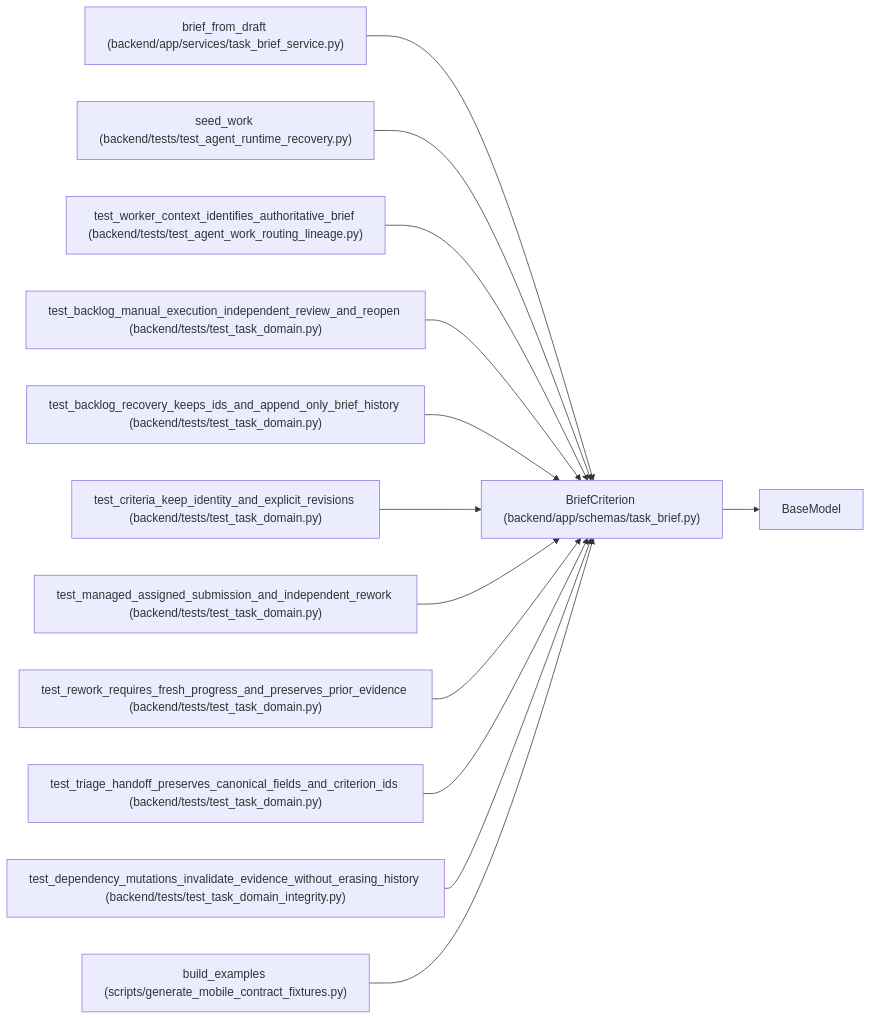
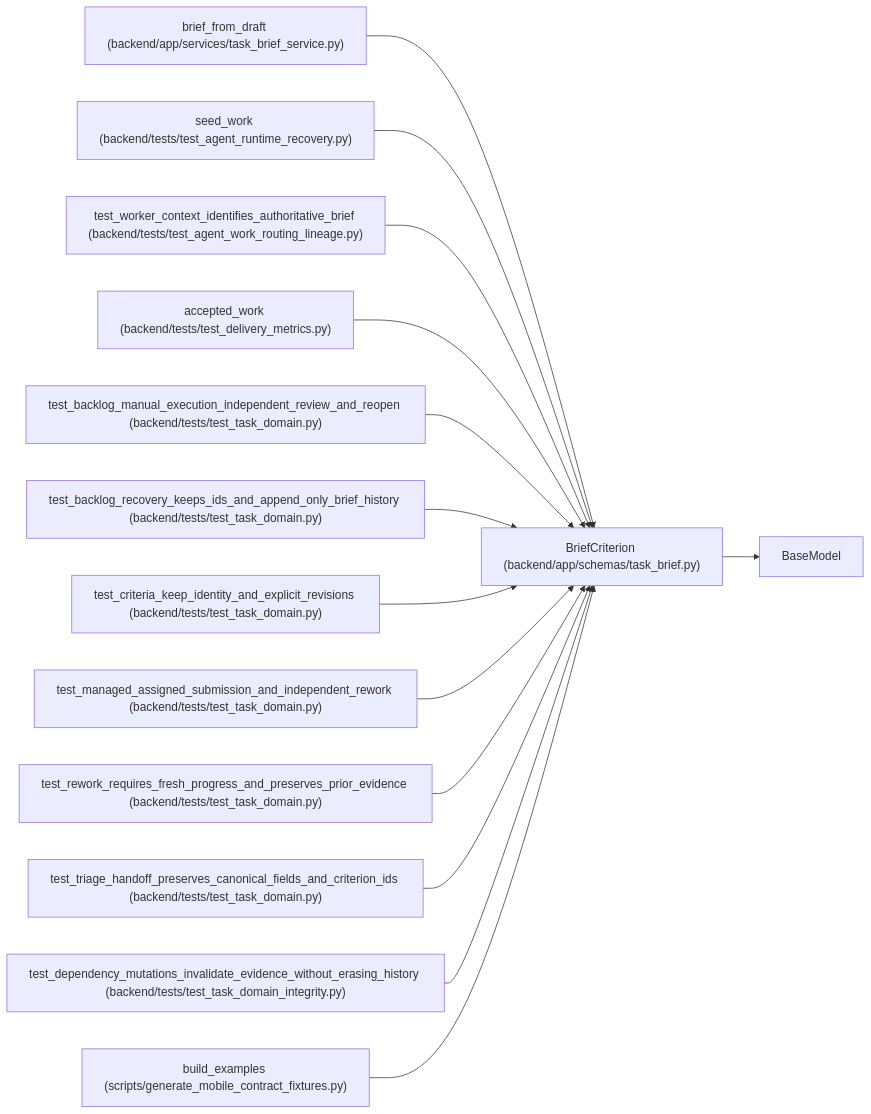
One commit to Denissvgn/WorkChord changed the diagram in docs/llm_wiki/entities/schemas_task_brief_BriefCriterion.md. Above: the diagram before and after it, drawn with Mermaid. The commit also changed other lines of this file and 628 other files, not shown here.

````diff
--- a/docs/llm_wiki/entities/schemas_task_brief_BriefCriterion.md
+++ b/docs/llm_wiki/entities/schemas_task_brief_BriefCriterion.md
@@ -42,40 +42,43 @@
 ```mermaid
 flowchart LR
     n0["BriefCriterion (backend/app/schemas/task_brief.py)"]
     n1["BaseModel"]
     n2["brief_from_draft (backend/app/services/task_brief_service.py)"]
     n3["seed_work (backend/tests/test_agent_runtime_recovery.py)"]
     n4["test_worker_context_identifies_authoritative_brief (backend/tests/test_agent_work_routing_lineage.py)"]
-    n5["test_backlog_manual_execution_independent_review_and_reopen (backend/tests/test_task_domain.py)"]
-    n6["test_backlog_recovery_keeps_ids_and_append_only_brief_history (backend/tests/test_task_domain.py)"]
-    n7["test_criteria_keep_identity_and_explicit_revisions (backend/tests/test_task_domain.py)"]
-    n8["test_managed_assigned_submission_and_independent_rework (backend/tests/test_task_domain.py)"]
-    n9["test_rework_requires_fresh_progress_and_preserves_prior_evidence (backend/tests/test_task_domain.py)"]
-    n10["test_triage_handoff_preserves_canonical_fields_and_criterion_ids (backend/tests/test_task_domain.py)"]
-    n11["test_dependency_mutations_invalidate_evidence_without_erasing_history (backend/tests/test_task_domain_integrity.py)"]
-    n12["build_examples (scripts/generate_mobile_contract_fixtures.py)"]
+    n5["accepted_work (backend/tests/test_delivery_metrics.py)"]
+    n6["test_backlog_manual_execution_independent_review_and_reopen (backend/tests/test_task_domain.py)"]
+    n7["test_backlog_recovery_keeps_ids_and_append_only_brief_history (backend/tests/test_task_domain.py)"]
+    n8["test_criteria_keep_identity_and_explicit_revisions (backend/tests/test_task_domain.py)"]
+    n9["test_managed_assigned_submission_and_independent_rework (backend/tests/test_task_domain.py)"]
+    n10["test_rework_requires_fresh_progress_and_preserves_prior_evidence (backend/tests/test_task_domain.py)"]
+    n11["test_triage_handoff_preserves_canonical_fields_and_criterion_ids (backend/tests/test_task_domain.py)"]
+    n12["test_dependency_mutations_invalidate_evidence_without_erasing_history (backend/tests/test_task_domain_integrity.py)"]
+    n13["build_examples (scripts/generate_mobile_contract_fixtures.py)"]
     n0 --> n1
     n2 --> n0
     n3 --> n0
     n4 --> n0
     n5 --> n0
     n6 --> n0
     n7 --> n0
     n8 --> n0
     n9 --> n0
     n10 --> n0
     n11 --> n0
     n12 --> n0
+    n13 --> n0
     click n0 "../modules/schemas_task_brief.md"
     click n2 "../modules/task_brief_service.md"
     click n3 "../modules/test_agent_runtime_recovery.md"
     click n4 "../modules/test_agent_work_routing_lineage.md"
-    click n5 "../modules/test_task_domain.md"
+    click n5 "../modules/test_delivery_metrics.md"
     click n6 "../modules/test_task_domain.md"
     click n7 "../modules/test_task_domain.md"
     click n8 "../modules/test_task_domain.md"
     click n9 "../modules/test_task_domain.md"
     click n10 "../modules/test_task_domain.md"
-    click n11 "../modules/test_task_domain_integrity.md"
-    click n12 "../modules/generate_mobile_contract_fixtures.md"
+    click n11 "../modules/test_task_domain.md"
+    click n12 "../modules/test_task_domain_integrity.md"
+    click n13 "../modules/generate_mobile_contract_fixtures.md"
 ```
````
